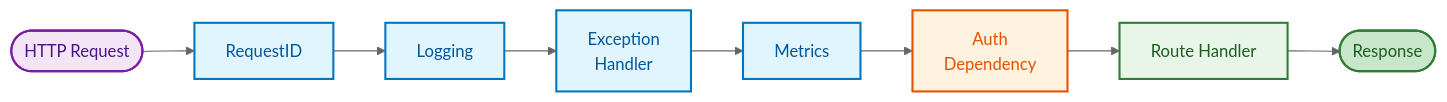
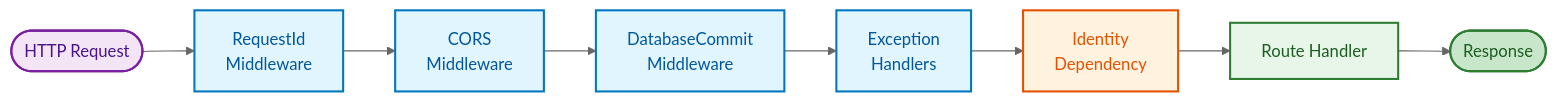
Before and after one commit to b4uharsha/newgraph: the second of 2 diagrams in documentation/src/content/docs/component-designs/control-plane-design.md, drawn with Mermaid (neutral theme). The commit also changed other lines of this file and 88 other files, not shown here.

````diff
--- a/documentation/src/content/docs/component-designs/control-plane-design.md
+++ b/documentation/src/content/docs/component-designs/control-plane-design.md
@@ -96,22 +98,22 @@
 ```mermaid
 flowchart LR
     accTitle: Request Middleware Flow
     accDescr: HTTP request processing through FastAPI middleware stack to handler and response
 
     classDef input fill:#F3E5F5,stroke:#7B1FA2,stroke-width:2px,color:#4A148C
     classDef middleware fill:#E1F5FE,stroke:#0277BD,stroke-width:2px,color:#01579B
     classDef auth fill:#FFF3E0,stroke:#E65100,stroke-width:2px,color:#E65100
     classDef handler fill:#E8F5E9,stroke:#2E7D32,stroke-width:2px,color:#1B5E20
     classDef output fill:#C8E6C9,stroke:#2E7D32,stroke-width:2px,color:#1B5E20
 
     Req([HTTP Request]):::input
-    RID[RequestID]:::middleware
-    LOG[Logging]:::middleware
-    EXC[Exception<br/>Handler]:::middleware
-    MET[Metrics]:::middleware
-    AUTH[Auth<br/>Dependency]:::auth
+    RID[RequestId<br/>Middleware]:::middleware
+    CORS[CORS<br/>Middleware]:::middleware
+    DBC[DatabaseCommit<br/>Middleware]:::middleware
+    EXC[Exception<br/>Handlers]:::middleware
+    AUTH[Identity<br/>Dependency]:::auth
     H[Route Handler]:::handler
     Res([Response]):::output
 
-    Req --> RID --> LOG --> EXC --> MET --> AUTH --> H --> Res
+    Req --> RID --> CORS --> DBC --> EXC --> AUTH --> H --> Res
 ```
````
